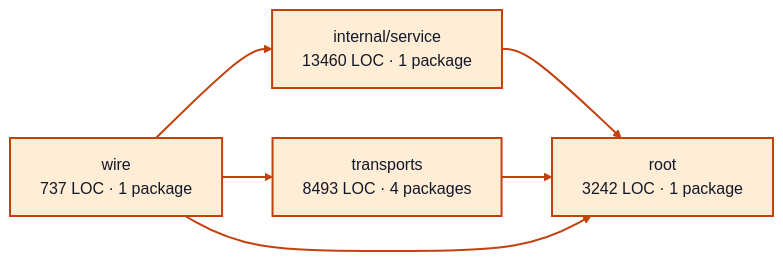
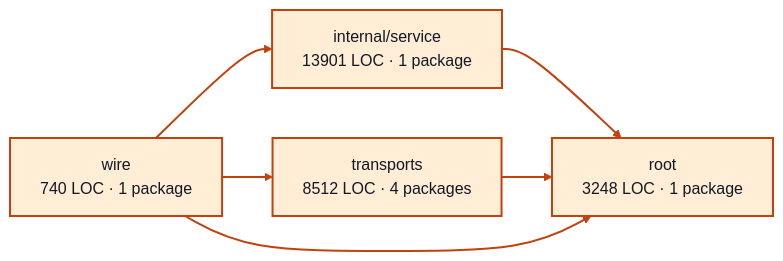
Before and after one commit to portpowered/you-agent-factory: the diagram in docs/architecture/visualizations/services/worker_sessions.md, drawn with Mermaid. The commit also changed other lines of this file and 20 other files, not shown here.

Commit message:
docs: refresh backend architecture visualizations

````diff
--- a/docs/architecture/visualizations/services/worker_sessions.md
+++ b/docs/architecture/visualizations/services/worker_sessions.md
@@ -11,17 +11,17 @@
 ```mermaid
 flowchart LR
-  p0["internal/service<br/>13460 LOC · 1 package"]
-  p1["root<br/>3242 LOC · 1 package"]
-  p2["transports<br/>8493 LOC · 4 packages"]
-  p3["wire<br/>737 LOC · 1 package"]
+  p0["internal/service<br/>13901 LOC · 1 package"]
+  p1["root<br/>3248 LOC · 1 package"]
+  p2["transports<br/>8512 LOC · 4 packages"]
+  p3["wire<br/>740 LOC · 1 package"]
   p0 --> p1
   p2 --> p1
   p3 --> p0
   p3 --> p1
   p3 --> p2
   style p0 fill:#ffedd5,stroke:#c2410c,stroke-width:2px,color:#111827
   style p1 fill:#ffedd5,stroke:#c2410c,stroke-width:2px,color:#111827
   style p2 fill:#ffedd5,stroke:#c2410c,stroke-width:2px,color:#111827
   style p3 fill:#ffedd5,stroke:#c2410c,stroke-width:2px,color:#111827
   linkStyle default stroke:#c2410c,stroke-width:2px
 ```
````
